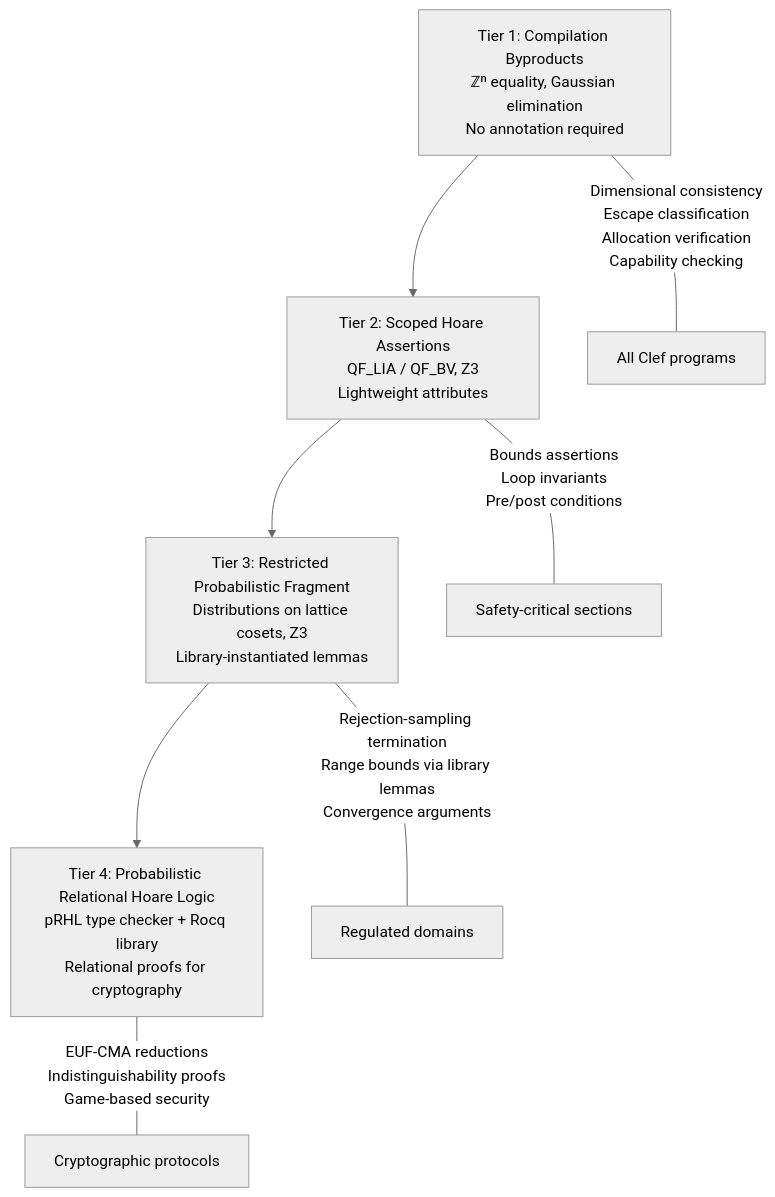
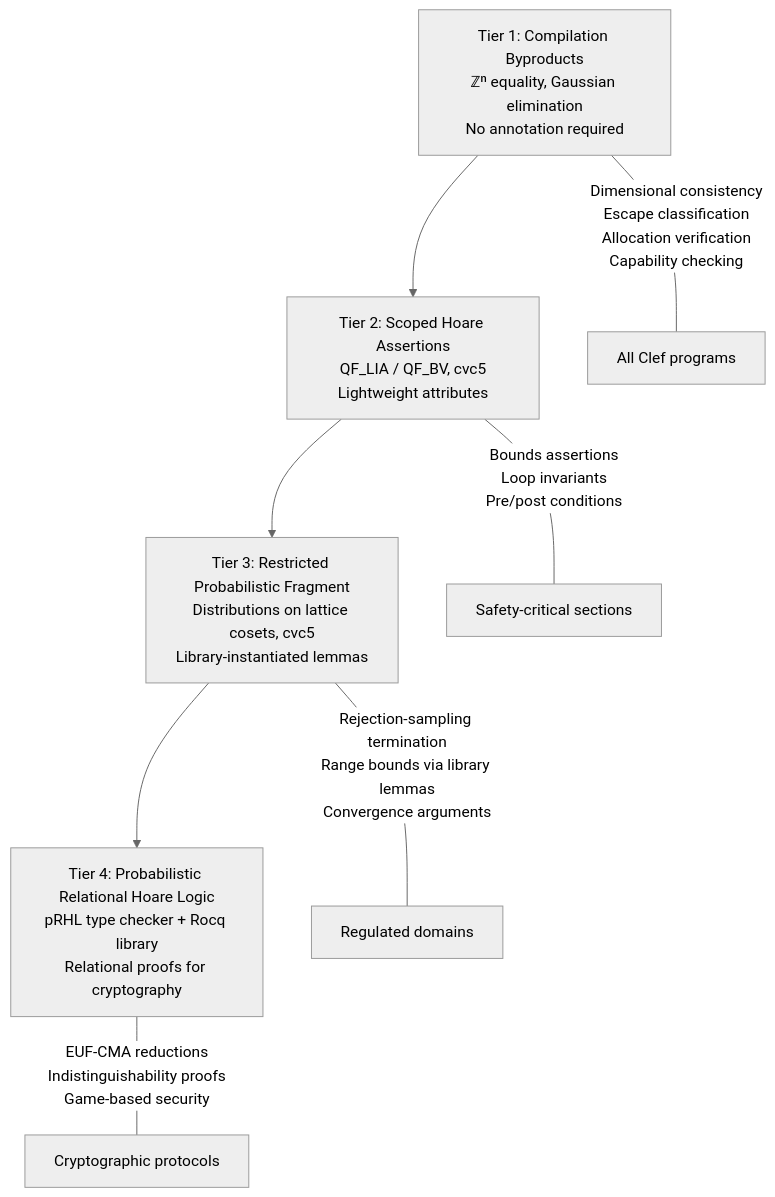
The diagram in hugo/content/docs/design/categorical-foundations/formal-verification-compilation-byproduct.md (FidelityFramework/clef-lang-site), drawn with Mermaid (neutral theme) before and after one commit. The commit also changed other lines of this file and 22 other files, not shown here.

````diff
--- a/hugo/content/docs/design/categorical-foundations/formal-verification-compilation-byproduct.md
+++ b/hugo/content/docs/design/categorical-foundations/formal-verification-compilation-byproduct.md
@@ -42,11 +42,11 @@
 ```mermaid
 graph TD
-    T1["Tier 1: Compilation Byproducts<br>ℤⁿ equality, Gaussian elimination<br>No annotation required"] --> T2["Tier 2: Scoped Hoare Assertions<br>QF_LIA / QF_BV, Z3<br>Lightweight attributes"]
-    T2 --> T3["Tier 3: Restricted Probabilistic Fragment<br>Distributions on lattice cosets, Z3<br>Library-instantiated lemmas"]
+    T1["Tier 1: Compilation Byproducts<br>ℤⁿ equality, Gaussian elimination<br>No annotation required"] --> T2["Tier 2: Scoped Hoare Assertions<br>QF_LIA / QF_BV, cvc5<br>Lightweight attributes"]
+    T2 --> T3["Tier 3: Restricted Probabilistic Fragment<br>Distributions on lattice cosets, cvc5<br>Library-instantiated lemmas"]
     T3 --> T4["Tier 4: Probabilistic Relational Hoare Logic<br>pRHL type checker + Rocq library<br>Relational proofs for cryptography"]
 
     T1 ---|"Dimensional consistency<br>Escape classification<br>Allocation verification<br>Capability checking"| P1[All Clef programs]
     T2 ---|"Bounds assertions<br>Loop invariants<br>Pre/post conditions"| P2[Safety-critical sections]
     T3 ---|"Rejection-sampling termination<br>Range bounds via library lemmas<br>Convergence arguments"| P3[Regulated domains]
     T4 ---|"EUF-CMA reductions<br>Indistinguishability proofs<br>Game-based security"| P4[Cryptographic protocols]
 ```
````
